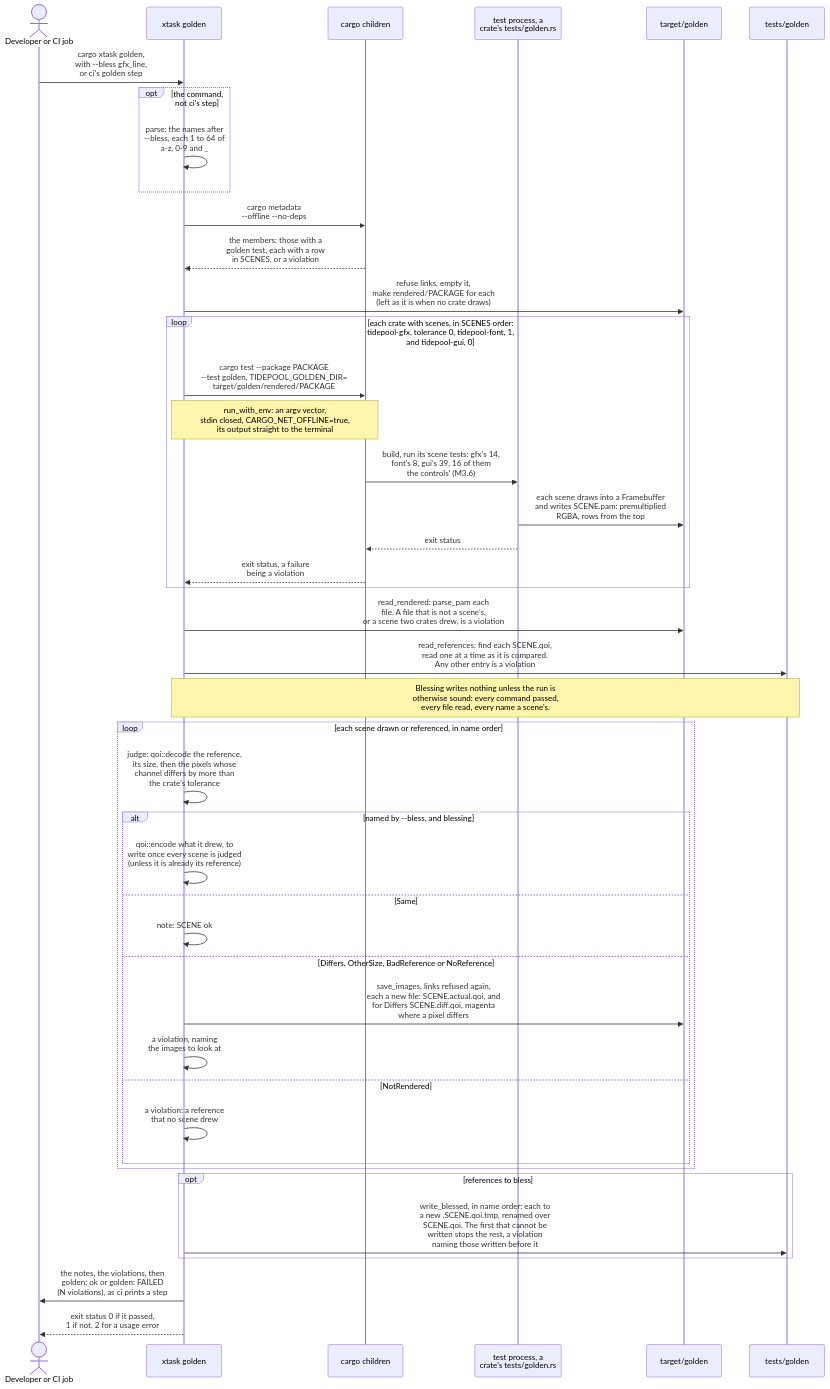
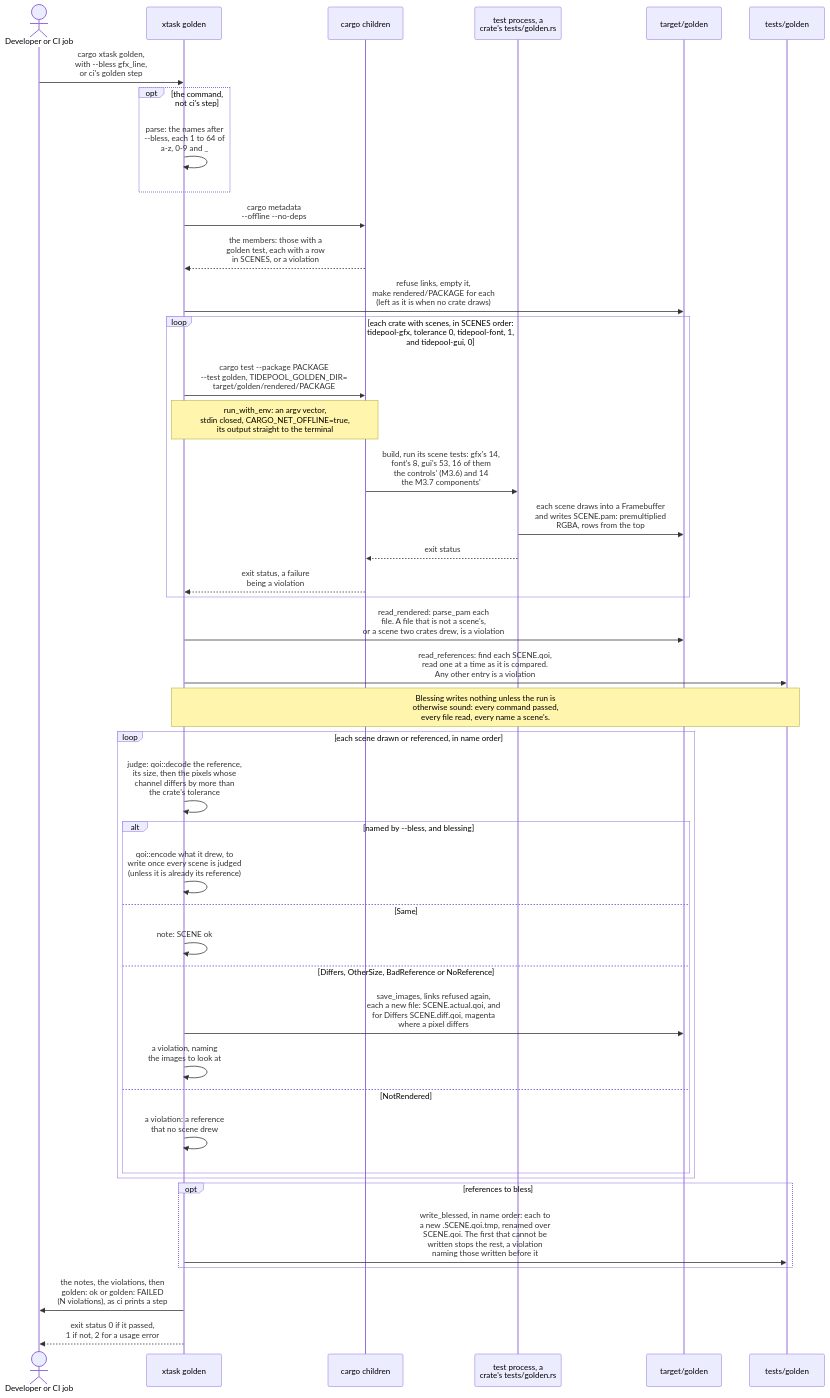
Before and after one commit to jabbott-iii/Tidepool: the second of 23 diagrams in diagrams/sequence-diagrams.md, drawn with Mermaid. The commit also changed other lines of this file and 55 other files, not shown here.

````diff
--- a/diagrams/sequence-diagrams.md
+++ b/diagrams/sequence-diagrams.md
@@ -140,46 +140,46 @@
 ```mermaid
 sequenceDiagram
     actor Dev as Developer or CI job
     participant Gold as xtask golden
     participant Cargo as cargo children
     participant Test as test process, a<br/>crate's tests/golden.rs
     participant Out as target/golden
     participant Ref as tests/golden
 
     Dev->>Gold: cargo xtask golden,<br/>with --bless gfx_line,<br/>or ci's golden step
     opt the command, not ci's step
         Gold->>Gold: parse: the names after<br/>--bless, each 1 to 64 of<br/>a-z, 0-9 and _
     end
     Gold->>Cargo: cargo metadata<br/>--offline --no-deps
     Cargo-->>Gold: the members: those with a<br/>golden test, each with a row<br/>in SCENES, or a violation
     Gold->>Out: refuse links, empty it,<br/>make rendered/PACKAGE for each<br/>(left as it is when no crate draws)
     loop each crate with scenes, in SCENES order: tidepool-gfx, tolerance 0, tidepool-font, 1, and tidepool-gui, 0
         Gold->>Cargo: cargo test --package PACKAGE<br/>--test golden, TIDEPOOL_GOLDEN_DIR=<br/>target/golden/rendered/PACKAGE
         Note over Gold,Cargo: run_with_env: an argv vector,<br/>stdin closed, CARGO_NET_OFFLINE=true,<br/>its output straight to the terminal
-        Cargo->>Test: build, run its scene tests: gfx's 14,<br/>font's 8, gui's 39, 16 of them<br/>the controls' (M3.6)
+        Cargo->>Test: build, run its scene tests: gfx's 14,<br/>font's 8, gui's 53, 16 of them<br/>the controls' (M3.6) and 14<br/>the M3.7 components'
         Test->>Out: each scene draws into a Framebuffer<br/>and writes SCENE.pam: premultiplied<br/>RGBA, rows from the top
         Test-->>Cargo: exit status
         Cargo-->>Gold: exit status, a failure<br/>being a violation
     end
     Gold->>Out: read_rendered: parse_pam each<br/>file. A file that is not a scene's,<br/>or a scene two crates drew, is a violation
     Gold->>Ref: read_references: find each SCENE.qoi,<br/>read one at a time as it is compared.<br/>Any other entry is a violation
     Note over Gold,Ref: Blessing writes nothing unless the run is<br/>otherwise sound: every command passed,<br/>every file read, every name a scene's.
     loop each scene drawn or referenced, in name order
         Gold->>Gold: judge: qoi::decode the reference,<br/>its size, then the pixels whose<br/>channel differs by more than<br/>the crate's tolerance
         alt named by --bless, and blessing
             Gold->>Gold: qoi::encode what it drew, to<br/>write once every scene is judged<br/>(unless it is already its reference)
         else Same
             Gold->>Gold: note: SCENE ok
         else Differs, OtherSize, BadReference or NoReference
             Gold->>Out: save_images, links refused again,<br/>each a new file: SCENE.actual.qoi, and<br/>for Differs SCENE.diff.qoi, magenta<br/>where a pixel differs
             Gold->>Gold: a violation, naming<br/>the images to look at
         else NotRendered
             Gold->>Gold: a violation: a reference<br/>that no scene drew
         end
     end
     opt references to bless
         Gold->>Ref: write_blessed, in name order: each to<br/>a new .SCENE.qoi.tmp, renamed over<br/>SCENE.qoi. The first that cannot be<br/>written stops the rest, a violation<br/>naming those written before it
     end
     Gold->>Dev: the notes, the violations, then<br/>golden: ok or golden: FAILED<br/>(N violations), as ci prints a step
     Gold-->>Dev: exit status 0 if it passed,<br/>1 if not, 2 for a usage error
 ```
````
